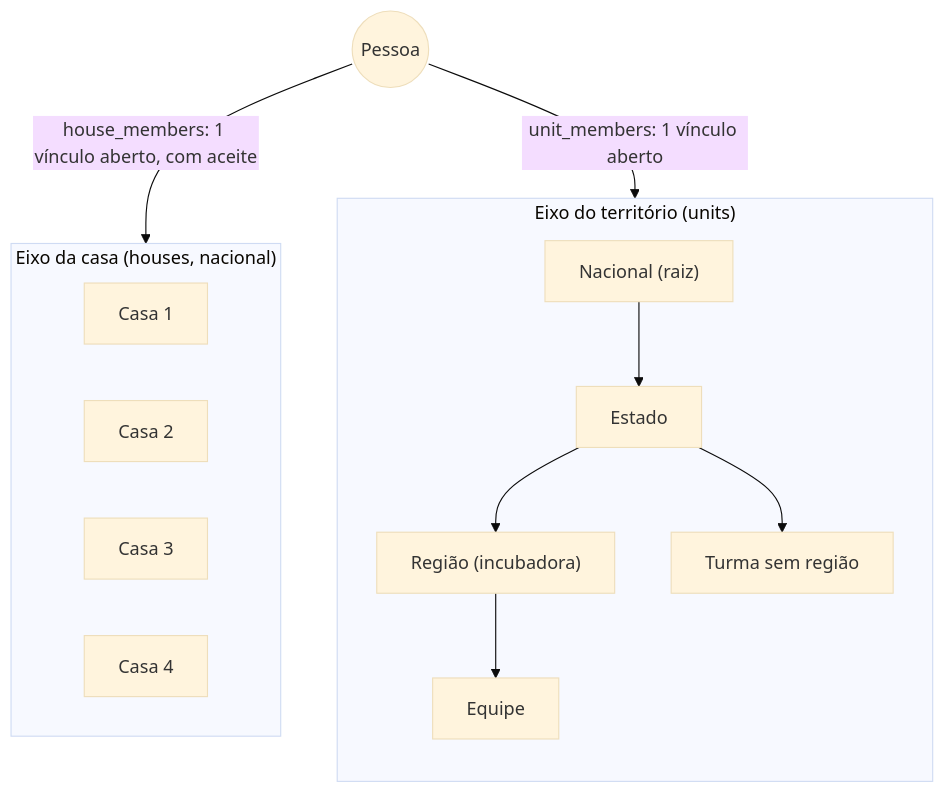
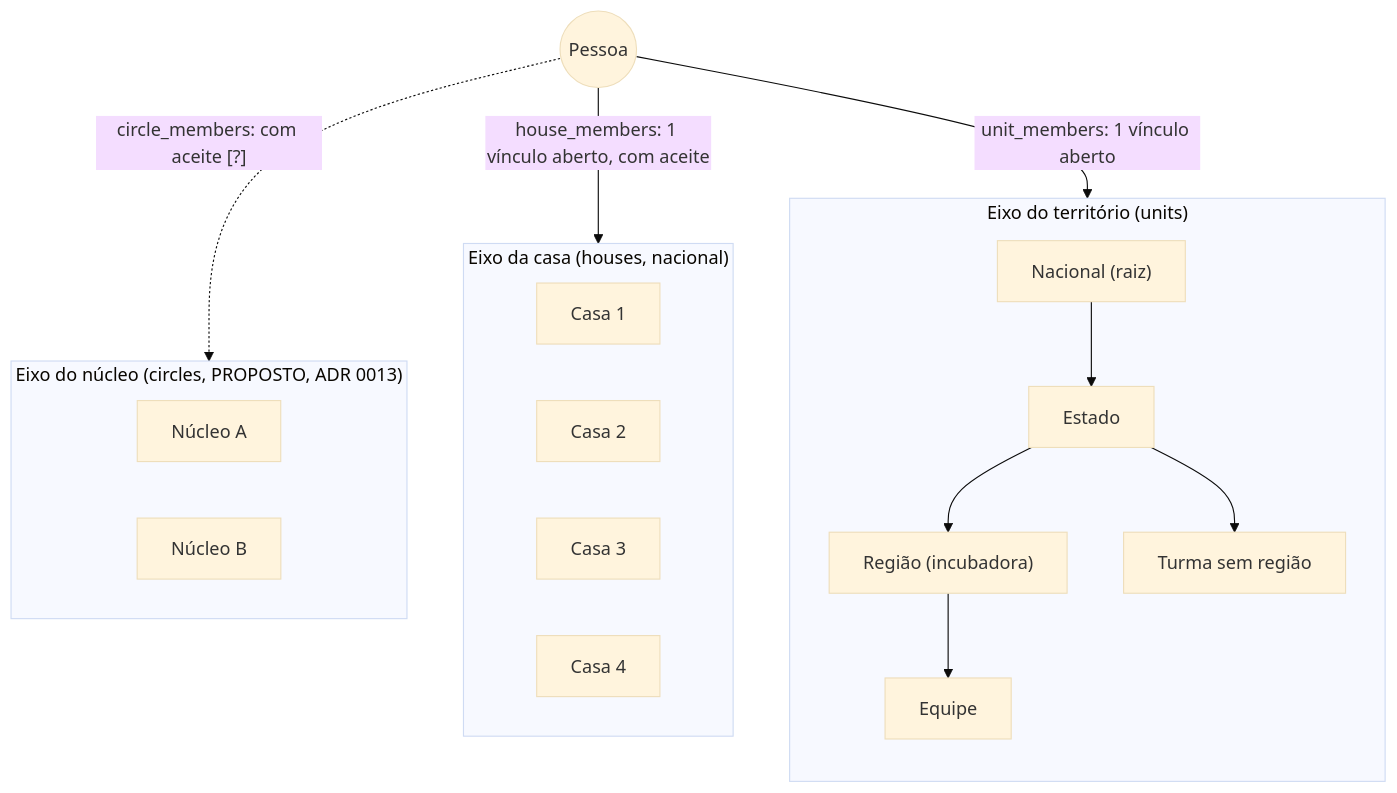
The first of 4 diagrams in docs/DIAGRAMAS.md (felipemaion/Complexo42), drawn with Mermaid (base theme) before and after one commit. The commit also changed other lines of this file and 5 other files, not shown here.

First line of the commit message:
docs: ADR 0013 propõe o núcleo, agrupamento fora do território (refs #168, #169, #170)

````diff
--- a/docs/DIAGRAMAS.md
+++ b/docs/DIAGRAMAS.md
@@ -18,19 +19,25 @@
 ```mermaid
 flowchart TB
   subgraph T["Eixo do território (units)"]
     direction TB
     BR["Nacional (raiz)"] --> SP["Estado"]
     SP --> RG["Região (incubadora)"]
     RG --> EQ["Equipe"]
     SP --> TR["Turma sem região"]
   end
   subgraph C["Eixo da casa (houses, nacional)"]
     direction LR
     H1["Casa 1"]
     H2["Casa 2"]
     H3["Casa 3"]
     H4["Casa 4"]
   end
+  subgraph N["Eixo do núcleo (circles, PROPOSTO, ADR 0013)"]
+    direction LR
+    N1["Núcleo A"]
+    N2["Núcleo B"]
+  end
   P(("Pessoa")) -- "unit_members: 1 vínculo aberto" --> EQ
   P -- "house_members: 1 vínculo aberto, com aceite" --> H1
+  P -. "circle_members: com aceite [?]" .-> N1
 ```
````
